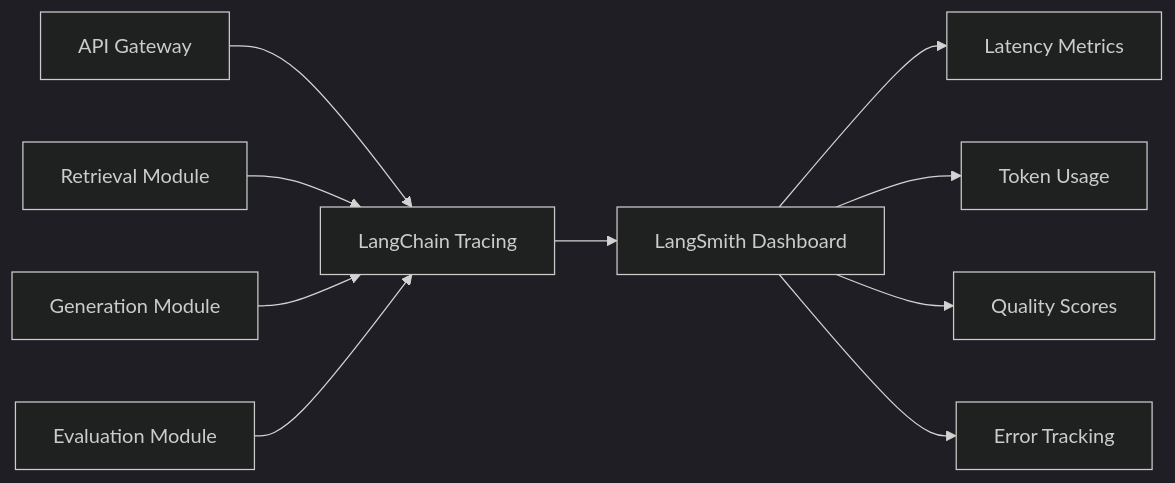
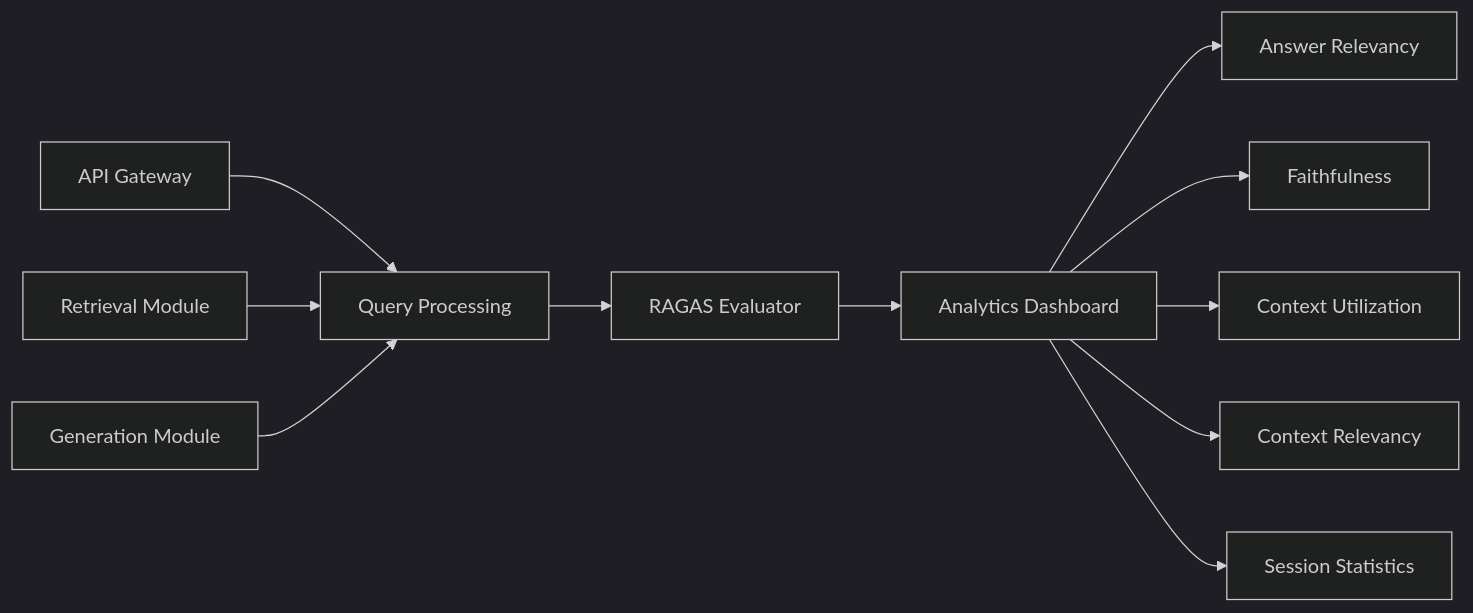
One commit to satyaki-mitra/docu-vault-ai changed diagram 12 of 12 in docs/ARCHITECTURE.md. Above: the diagram before and after it, drawn with Mermaid (dark theme). The commit also changed other lines of this file and 1 other file, not shown here.

````diff
--- a/docs/ARCHITECTURE.md
+++ b/docs/ARCHITECTURE.md
@@ -547,14 +611,16 @@
 ```mermaid
 graph LR
-    A[API Gateway] --> B[LangChain Tracing]
+    A[API Gateway] --> B[Query Processing]
     C[Retrieval Module] --> B
     D[Generation Module] --> B
-    E[Evaluation Module] --> B
     
-    B --> F[LangSmith Dashboard]
+    B --> E[RAGAS Evaluator]
     
-    F --> G[Latency Metrics]
-    F --> H[Token Usage]
-    F --> I[Quality Scores]
-    F --> J[Error Tracking]
+    E --> F[Analytics Dashboard]
+    
+    F --> G[Answer Relevancy]
+    F --> H[Faithfulness]
+    F --> I[Context Utilization]
+    F --> J[Context Relevancy]
+    F --> K[Session Statistics]
 ```
````
